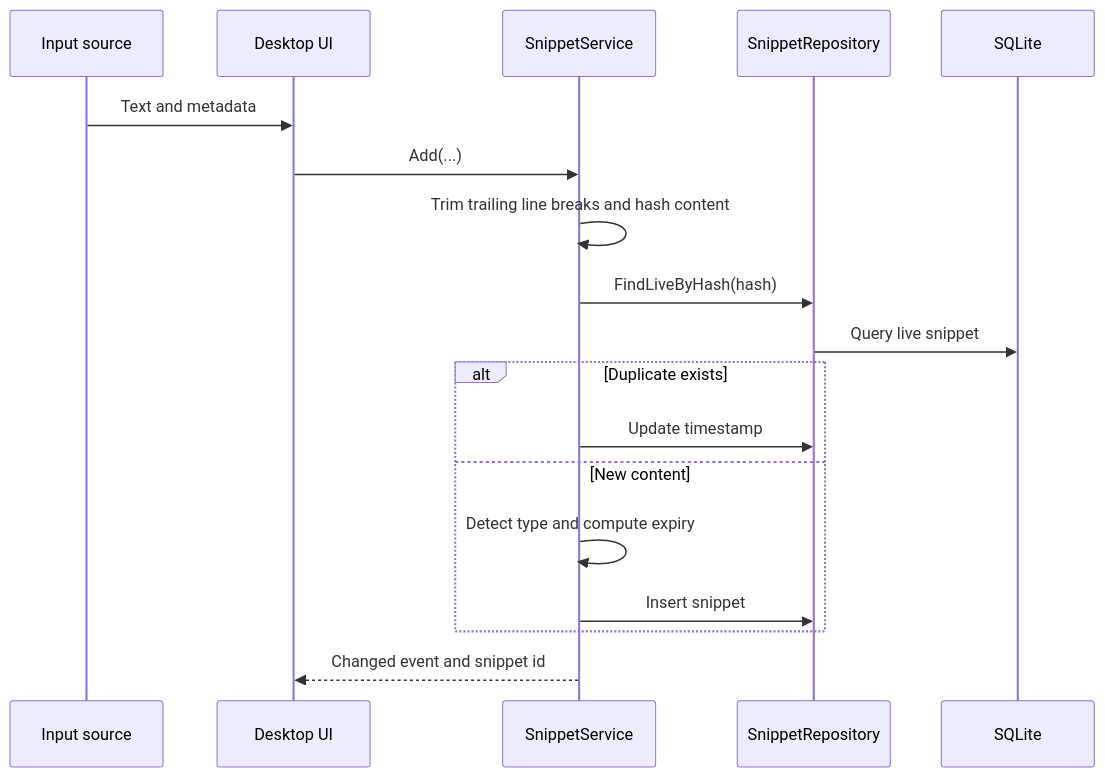
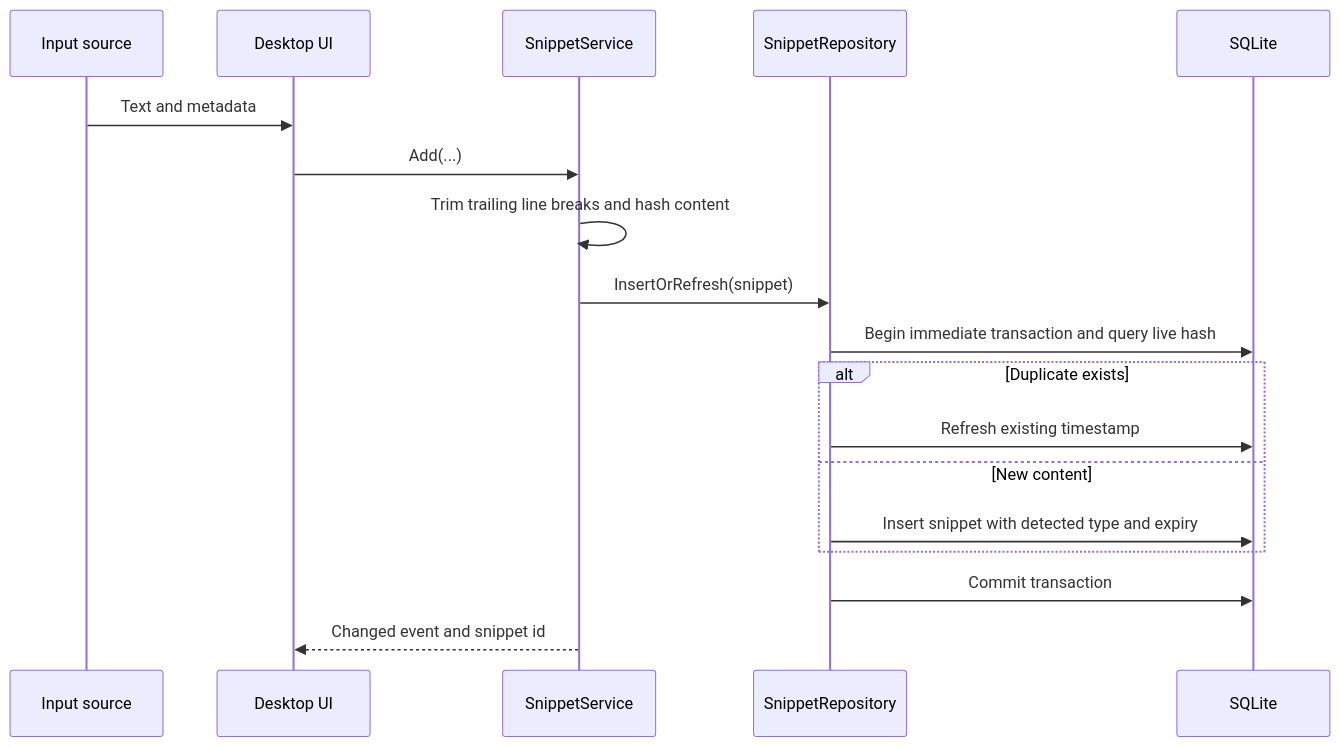
Before and after one commit to Keegankei/KeeStashDock: the second of 2 diagrams in docs/ARCHITECTURE.md, drawn with Mermaid. The commit also changed other lines of this file and 45 other files, not shown here.

````diff
--- a/docs/ARCHITECTURE.md
+++ b/docs/ARCHITECTURE.md
@@ -92,21 +92,21 @@
 ```mermaid
 sequenceDiagram
     participant Source as Input source
     participant UI as Desktop UI
     participant Service as SnippetService
     participant Repo as SnippetRepository
     participant DB as SQLite
 
     Source->>UI: Text and metadata
     UI->>Service: Add(...)
     Service->>Service: Trim trailing line breaks and hash content
-    Service->>Repo: FindLiveByHash(hash)
-    Repo->>DB: Query live snippet
+    Service->>Repo: InsertOrRefresh(snippet)
+    Repo->>DB: Begin immediate transaction and query live hash
     alt Duplicate exists
-        Service->>Repo: Update timestamp
+        Repo->>DB: Refresh existing timestamp
     else New content
-        Service->>Service: Detect type and compute expiry
-        Service->>Repo: Insert snippet
+        Repo->>DB: Insert snippet with detected type and expiry
     end
+    Repo->>DB: Commit transaction
     Service-->>UI: Changed event and snippet id
 ```
````
